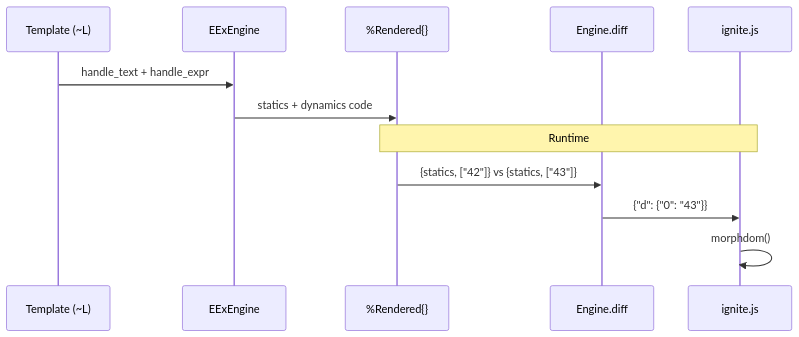
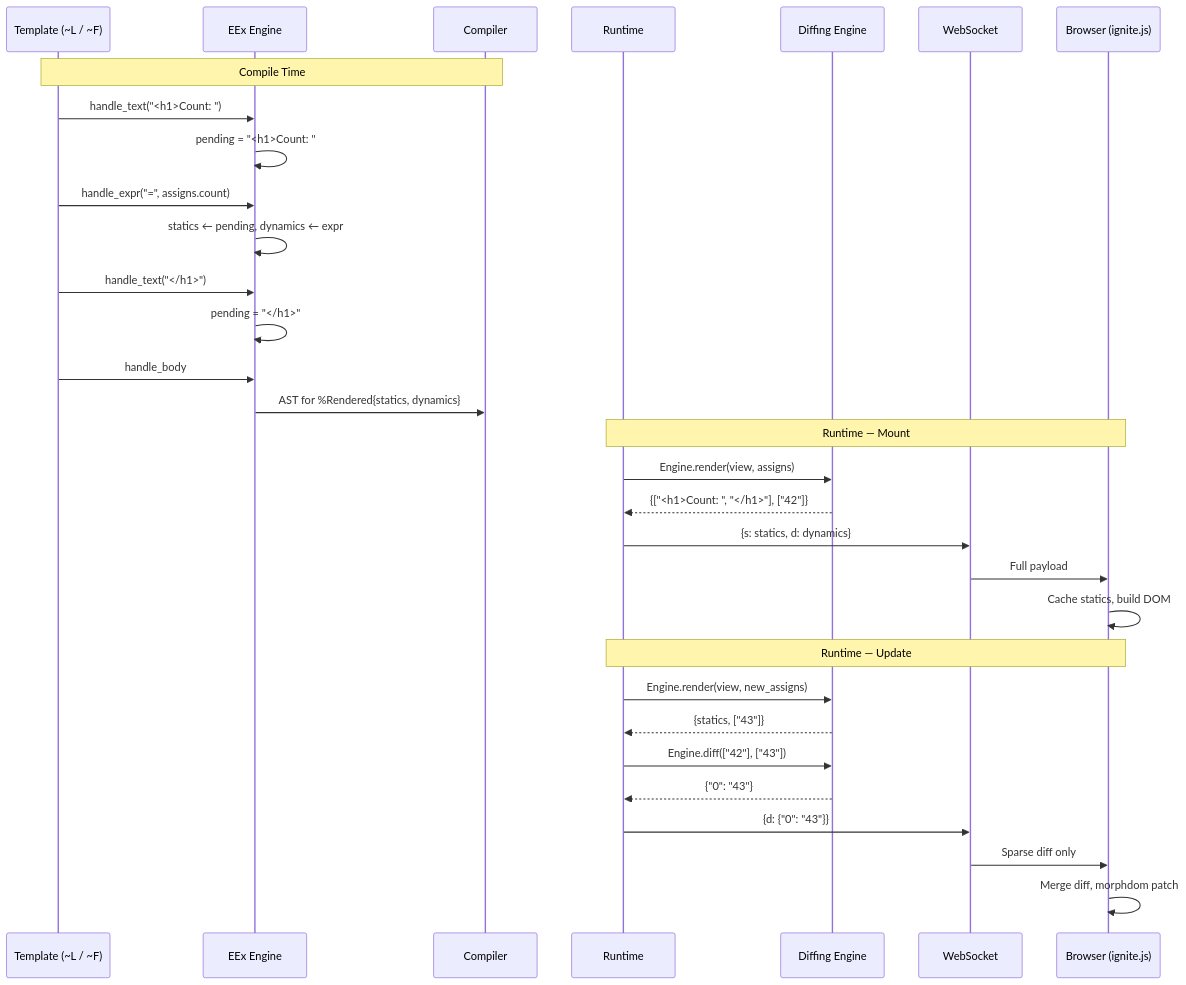
The diagram in course/flows/fine-grained-diffing-pipeline.md (rajeshpillai/elixir-byowf), drawn with Mermaid before and after one commit. The commit also changed other lines of this file and 26 other files, not shown here.

````diff
--- a/course/flows/fine-grained-diffing-pipeline.md
+++ b/course/flows/fine-grained-diffing-pipeline.md
@@ -29,14 +97,36 @@
 ```mermaid
 sequenceDiagram
-    participant T as Template (~L)
-    participant E as EExEngine
-    participant R as %Rendered{}
-    participant D as Engine.diff
-    participant J as ignite.js
-    T->>E: handle_text + handle_expr
-    E->>R: statics + dynamics code
-    Note over R,J: Runtime
-    R->>D: {statics, ["42"]} vs {statics, ["43"]}
-    D->>J: {"d": {"0": "43"}}
-    J->>J: morphdom()
+    participant T as Template (~L / ~F)
+    participant EE as EEx Engine
+    participant C as Compiler
+    participant RT as Runtime
+    participant E as Diffing Engine
+    participant WS as WebSocket
+    participant JS as Browser (ignite.js)
+
+    Note over T,C: Compile Time
+    T->>EE: handle_text("<h1>Count: ")
+    EE->>EE: pending = "<h1>Count: "
+    T->>EE: handle_expr("=", assigns.count)
+    EE->>EE: statics ← pending, dynamics ← expr
+    T->>EE: handle_text("</h1>")
+    EE->>EE: pending = "</h1>"
+    T->>EE: handle_body
+    EE->>C: AST for %Rendered{statics, dynamics}
+
+    Note over RT,JS: Runtime — Mount
+    RT->>E: Engine.render(view, assigns)
+    E-->>RT: {["<h1>Count: ", "</h1>"], ["42"]}
+    RT->>WS: {s: statics, d: dynamics}
+    WS->>JS: Full payload
+    JS->>JS: Cache statics, build DOM
+
+    Note over RT,JS: Runtime — Update
+    RT->>E: Engine.render(view, new_assigns)
+    E-->>RT: {statics, ["43"]}
+    RT->>E: Engine.diff(["42"], ["43"])
+    E-->>RT: {"0": "43"}
+    RT->>WS: {d: {"0": "43"}}
+    WS->>JS: Sparse diff only
+    JS->>JS: Merge diff, morphdom patch
 ```
````
